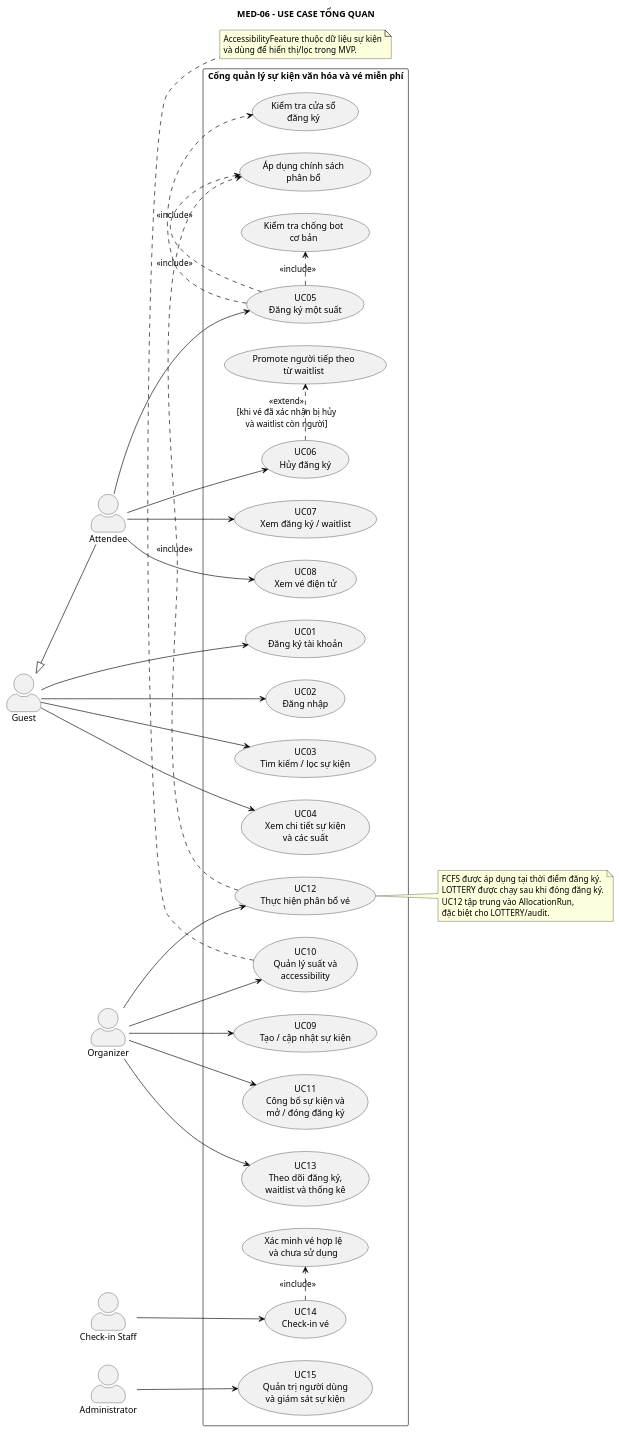
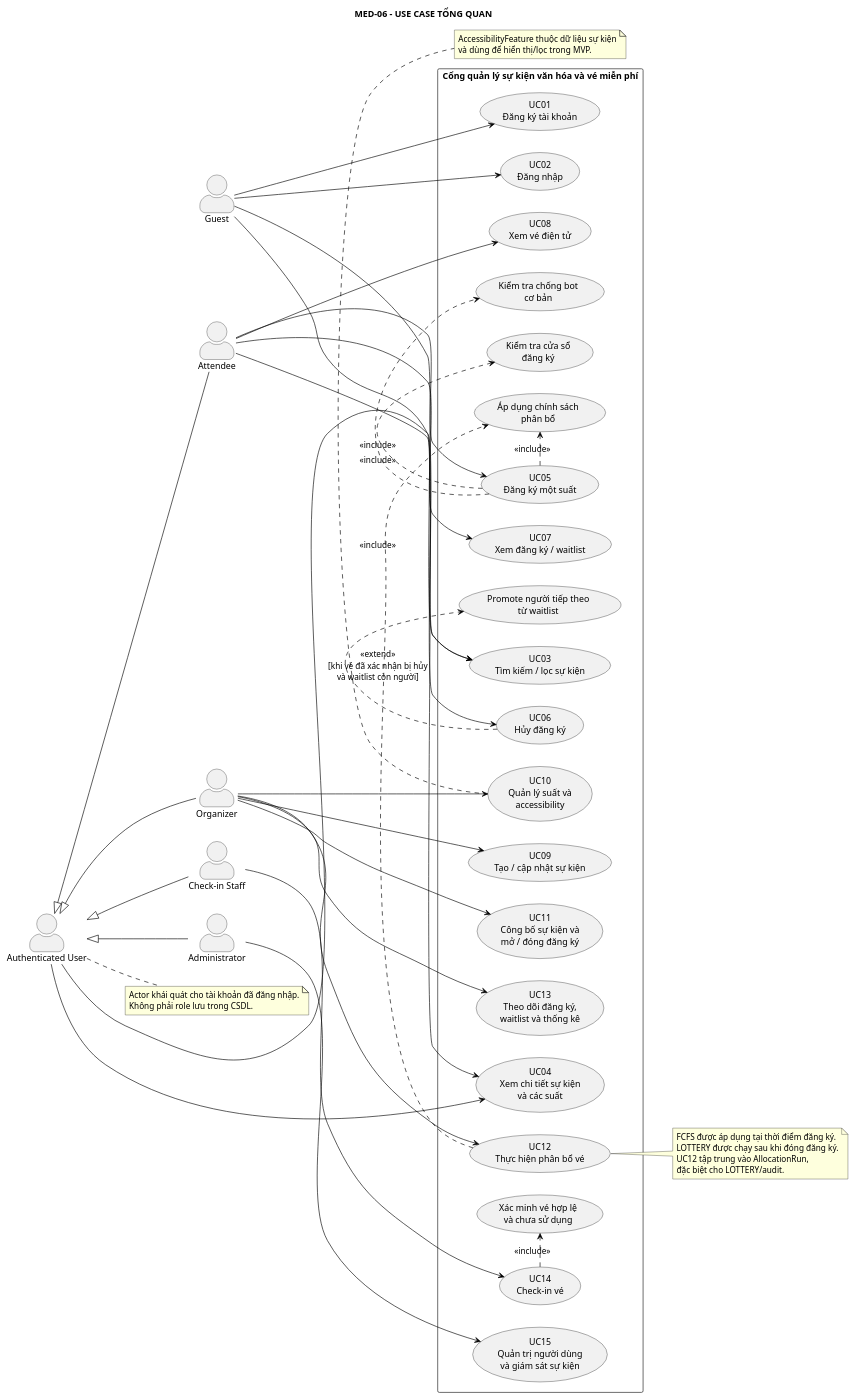
Before and after one commit to anh632k-ui/OOP-DoAn: the diagram in PTTK/01_Actor_UseCase/01-use-case-overview.puml, drawn with PlantUML.

Commit message:
docs(usecase): refine actor generalization

```diff
--- a/PTTK/01_Actor_UseCase/01-use-case-overview.puml
+++ b/PTTK/01_Actor_UseCase/01-use-case-overview.puml
@@ -1,88 +1,99 @@
 @startuml
 left to right direction
 skinparam packageStyle rectangle
 skinparam shadowing false
 skinparam actorStyle awesome
 skinparam usecase {
   BorderColor Black
   ArrowColor Black
 }
 
 title MED-06 - USE CASE TỔNG QUAN
 
 actor Guest
+actor "Authenticated User" as AuthUser
 actor Attendee
 actor Organizer
 actor "Check-in Staff" as Staff
 actor Administrator as Admin
 
-Guest <|-- Attendee
+AuthUser <|-- Attendee
+AuthUser <|-- Organizer
+AuthUser <|-- Staff
+AuthUser <|-- Admin
 
 rectangle "Cổng quản lý sự kiện văn hóa và vé miễn phí" {
   usecase "UC01\nĐăng ký tài khoản" as UC01
   usecase "UC02\nĐăng nhập" as UC02
   usecase "UC03\nTìm kiếm / lọc sự kiện" as UC03
   usecase "UC04\nXem chi tiết sự kiện\nvà các suất" as UC04
 
   usecase "UC05\nĐăng ký một suất" as UC05
   usecase "Kiểm tra chống bot\ncơ bản" as INC_BOT
   usecase "Kiểm tra cửa sổ\nđăng ký" as INC_WINDOW
   usecase "Áp dụng chính sách\nphân bổ" as INC_POLICY
 
   usecase "UC06\nHủy đăng ký" as UC06
   usecase "Promote người tiếp theo\ntừ waitlist" as INC_PROMOTE
 
   usecase "UC07\nXem đăng ký / waitlist" as UC07
   usecase "UC08\nXem vé điện tử" as UC08
 
   usecase "UC09\nTạo / cập nhật sự kiện" as UC09
   usecase "UC10\nQuản lý suất và\naccessibility" as UC10
   usecase "UC11\nCông bố sự kiện và\nmở / đóng đăng ký" as UC11
   usecase "UC12\nThực hiện phân bổ vé" as UC12
   usecase "UC13\nTheo dõi đăng ký,\nwaitlist và thống kê" as UC13
 
   usecase "UC14\nCheck-in vé" as UC14
   usecase "Xác minh vé hợp lệ\nvà chưa sử dụng" as INC_VALIDATE_TICKET
 
   usecase "UC15\nQuản trị người dùng\nvà giám sát sự kiện" as UC15
 }
 
 Guest --> UC01
 Guest --> UC02
 Guest --> UC03
 Guest --> UC04
+AuthUser --> UC03
+AuthUser --> UC04
 
 Attendee --> UC05
 Attendee --> UC06
 Attendee --> UC07
 Attendee --> UC08
 
 Organizer --> UC09
 Organizer --> UC10
 Organizer --> UC11
 Organizer --> UC12
 Organizer --> UC13
 
 Staff --> UC14
 Admin --> UC15
 
 UC05 .> INC_BOT : <<include>>
 UC05 .> INC_WINDOW : <<include>>
 UC05 .> INC_POLICY : <<include>>
 UC06 .> INC_PROMOTE : <<extend>>\n[khi vé đã xác nhận bị hủy\nvà waitlist còn người]
 UC12 .> INC_POLICY : <<include>>
 UC14 .> INC_VALIDATE_TICKET : <<include>>
 
+note right of AuthUser
+Actor khái quát cho tài khoản đã đăng nhập.
+Không phải role lưu trong CSDL.
+end note
+
 note right of UC12
 FCFS được áp dụng tại thời điểm đăng ký.
 LOTTERY được chạy sau khi đóng đăng ký.
 UC12 tập trung vào AllocationRun,
 đặc biệt cho LOTTERY/audit.
 end note
 
 note bottom of UC10
 AccessibilityFeature thuộc dữ liệu sự kiện
 và dùng để hiển thị/lọc trong MVP.
 end note
 
 @enduml
```
